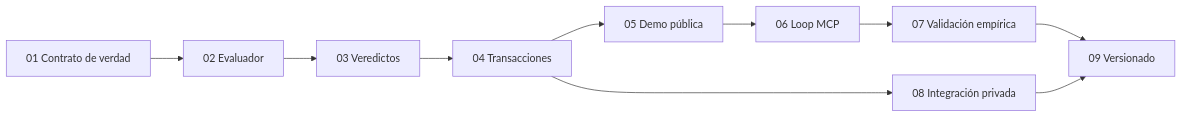
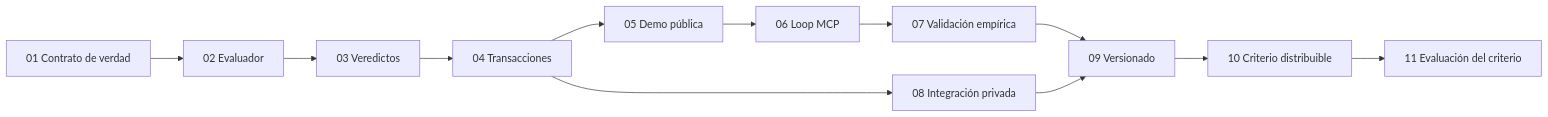
One commit to notrepeat/felix_felicis changed the diagram in docs/plan/00-plan-maestro.md. Above: the diagram before and after it, drawn with Mermaid. The commit also changed other lines of this file and 1 other file, not shown here.

First line of the commit message:
docs(plan): fase 11 propuesta (evaluación del criterio, gate v0.5.0)

````diff
--- a/docs/plan/00-plan-maestro.md
+++ b/docs/plan/00-plan-maestro.md
@@ -155,12 +155,14 @@
 ```mermaid
 flowchart LR
     P1[01 Contrato de verdad] --> P2[02 Evaluador]
     P2 --> P3[03 Veredictos]
     P3 --> P4[04 Transacciones]
     P4 --> P5[05 Demo pública]
     P5 --> P6[06 Loop MCP]
     P6 --> P7[07 Validación empírica]
     P4 --> P8[08 Integración privada]
     P7 --> P9[09 Versionado]
     P8 --> P9
+    P9 --> P10[10 Criterio distribuible]
+    P10 --> P11[11 Evaluación del criterio]
 ```
````
